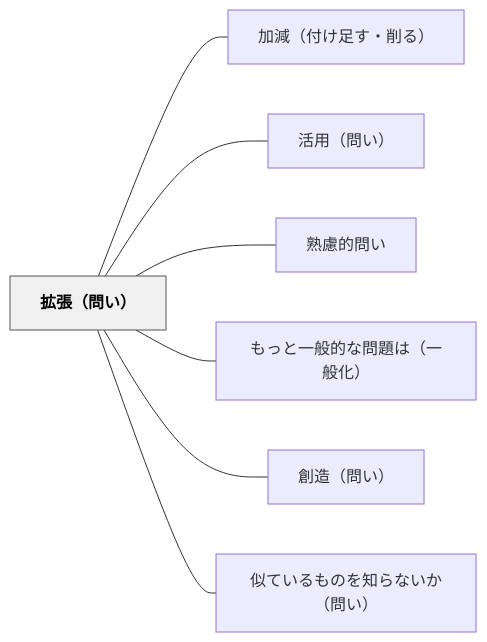
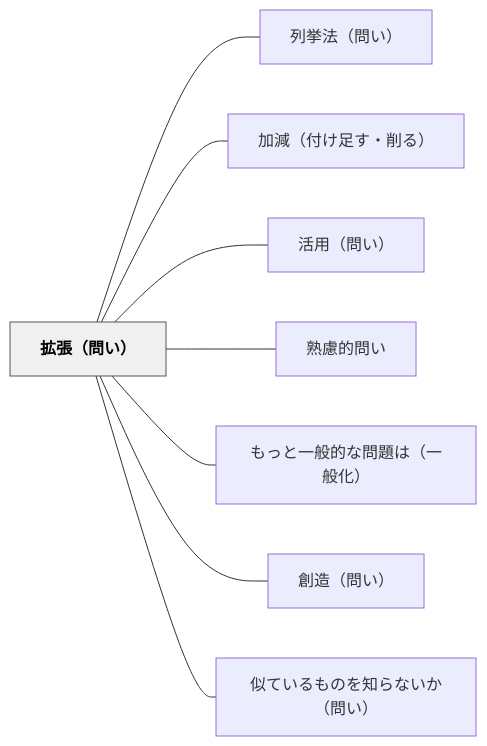
Before and after one commit to unknownthings-ed-patterns/unknownthings-ed-patterns: the diagram in content/パタン/拡張（問い）.md, drawn with Mermaid. The commit also changed other lines of this file and 44 other files, not shown here.

````diff
--- a/content/パタン/拡張（問い）.md
+++ b/content/パタン/拡張（問い）.md
@@ -43,20 +44,22 @@
 ```mermaid
 flowchart LR
     ne68ba1e5bcb5efbc88e5958fe38184efbc89["拡張（問い）"]
+    ne58897e68c99e6b395efbc88e5958fe38184efbc89["列挙法（問い）"]
     ne58aa0e6b89befbc88e4bb98e38191e8b6b3e38199e383bbe5898ae3828befbc89["加減（付け足す・削る）"]
     ne6b4bbe794a8efbc88e5958fe38184efbc89["活用（問い）"]
     ne7869fe685aee79a84e5958fe38184["熟慮的問い"]
     ne38282e381a3e381a8e4b880e888ace79a84e381aae5958fe9a18ce381afefbc88e4b880e888ace58c96efbc89["もっと一般的な問題は（一般化）"]
     ne589b5e980a0efbc88e5958fe38184efbc89["創造（問い）"]
     ne4bcbce381a6e38184e3828be38282e381aee38292e79fa5e38289e381aae38184e3818befbc88e5958fe38184efbc89["似ているものを知らないか（問い）"]
 
+    ne68ba1e5bcb5efbc88e5958fe38184efbc89 --- ne58897e68c99e6b395efbc88e5958fe38184efbc89
     ne68ba1e5bcb5efbc88e5958fe38184efbc89 --- ne58aa0e6b89befbc88e4bb98e38191e8b6b3e38199e383bbe5898ae3828befbc89
     ne68ba1e5bcb5efbc88e5958fe38184efbc89 --- ne6b4bbe794a8efbc88e5958fe38184efbc89
     ne68ba1e5bcb5efbc88e5958fe38184efbc89 --- ne7869fe685aee79a84e5958fe38184
     ne68ba1e5bcb5efbc88e5958fe38184efbc89 --- ne38282e381a3e381a8e4b880e888ace79a84e381aae5958fe9a18ce381afefbc88e4b880e888ace58c96efbc89
     ne68ba1e5bcb5efbc88e5958fe38184efbc89 --- ne589b5e980a0efbc88e5958fe38184efbc89
     ne68ba1e5bcb5efbc88e5958fe38184efbc89 --- ne4bcbce381a6e38184e3828be38282e381aee38292e79fa5e38289e381aae38184e3818befbc88e5958fe38184efbc89
 
     classDef hub fill:#f0f0f0,stroke:#555,color:#000,font-weight:bold
     class ne68ba1e5bcb5efbc88e5958fe38184efbc89 hub
 ```
````
